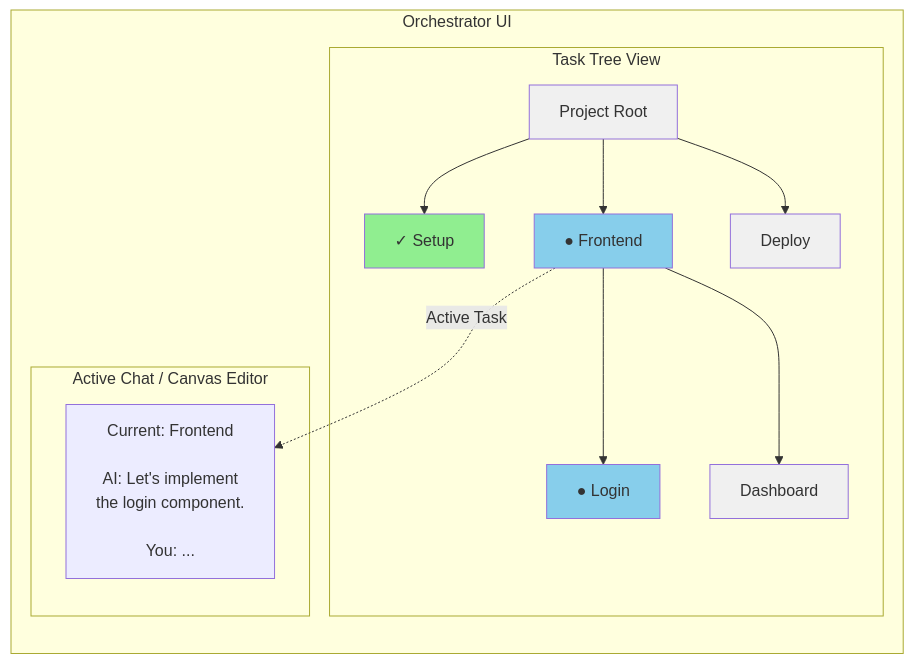
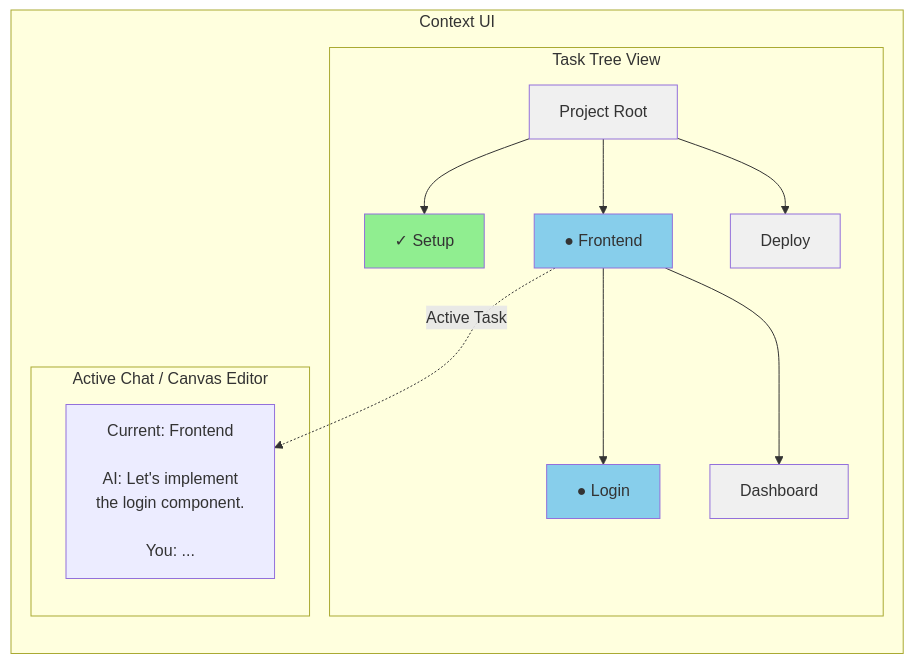
One commit to tartavull/context changed the third of 5 diagrams in docs/concept.md. Above: the diagram before and after it, drawn with Mermaid. The commit also changed other lines of this file and 7 other files, not shown here.

First line of the commit message:
Rebrand from Orchestrator to Context

```diff
--- a/docs/concept.md
+++ b/docs/concept.md
@@ -97,25 +97,25 @@
 <div class="mermaid">
 flowchart LR
-    subgraph "Orchestrator UI"
+    subgraph "Context UI"
         subgraph "Task Tree View"
             A[Project Root] --> B[✓ Setup]
             A --> C[● Frontend]
             A --> D[Deploy]
             C --> E[● Login]
             C --> F[Dashboard]
         end
         
         subgraph "Active Chat / Canvas Editor"
             G[Current: Frontend<br/><br/>AI: Let's implement<br/>the login component.<br/><br/>You: ...]
         end
     end
     
     C -.->|Active Task| G
     
     style B fill:#90ee90
     style C fill:#87ceeb
     style E fill:#87ceeb
     style A fill:#f0f0f0
     style D fill:#f0f0f0
     style F fill:#f0f0f0
 </div>
```
